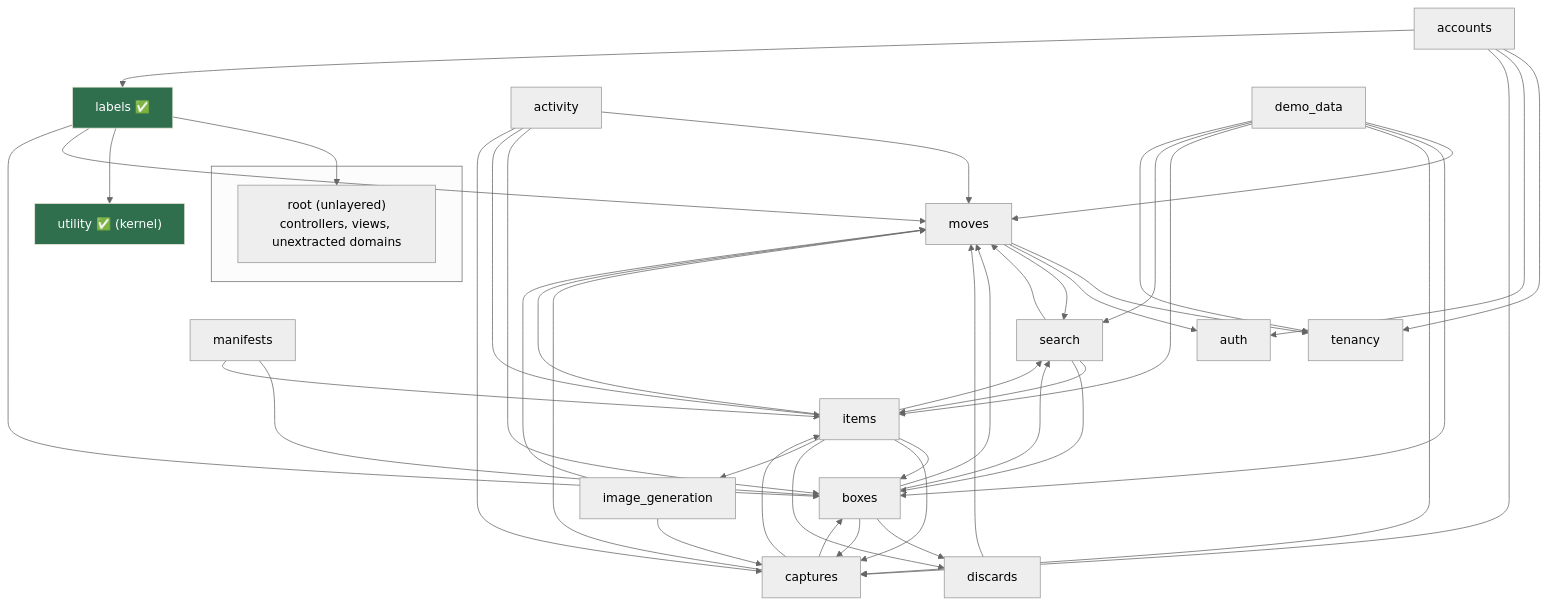
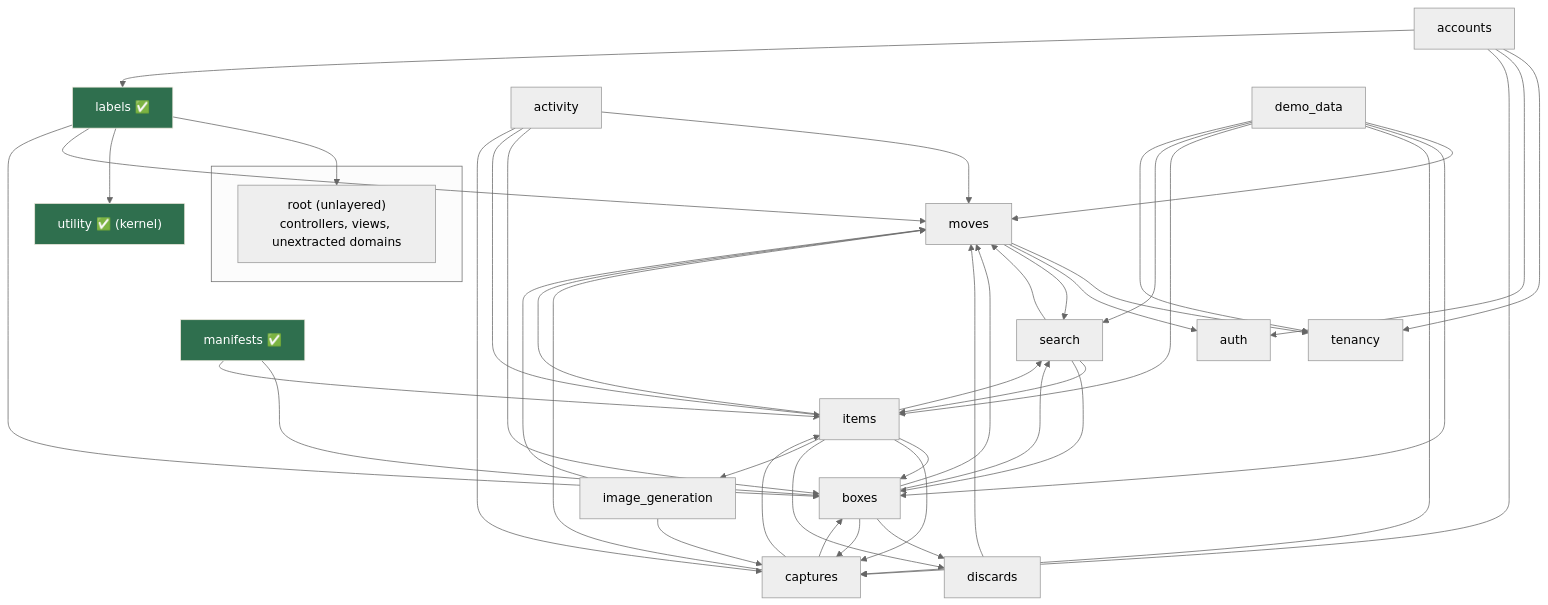
The diagram in doc/project/packwerk-boundaries.md (joel/move), drawn with Mermaid (neutral theme) before and after one commit. The commit also changed 2 other files, not shown here.

Commit message:
docs(packwerk): mark manifests as an extracted domain pack
Update the domain map (Mermaid + SVG/Excalidraw) to show packs/manifests
alongside packs/labels in the domain layer.

````diff
--- a/doc/project/packwerk-boundaries.md
+++ b/doc/project/packwerk-boundaries.md
@@ -154,39 +154,39 @@
 ```mermaid
 graph TD
     subgraph application [" "]
       root["root (unlayered)<br/>controllers, views, unextracted domains"]
     end
 
     labels["labels ✅"]
     utility["utility ✅ (kernel)"]
     boxes["boxes"]
     items["items"]
     moves["moves"]
     captures["captures"]
     search["search"]
     image_gen["image_generation"]
     activity["activity"]
-    manifests["manifests"]
+    manifests["manifests ✅"]
     discards["discards"]
     accounts["accounts"]
     demo["demo_data"]
     tenancy["tenancy"]
     auth["auth"]
 
     labels --> root & utility
     boxes --> moves & discards & search & captures
     items --> boxes & moves & captures & discards & image_gen & search
     captures --> moves & boxes & items
     search --> moves & items & boxes
     moves --> tenancy & auth & search
     image_gen --> moves & captures
     activity --> moves & boxes & items & captures
     manifests --> boxes & items
     labels --> moves & boxes
     accounts --> tenancy & auth & captures & labels
     demo --> moves & boxes & captures & items & search & tenancy
     discards --> moves
 
     classDef done fill:#2f6f4e,stroke:#ECE7DC,color:#fff;
-    class labels,utility done;
+    class labels,utility,manifests done;
 ```
````
